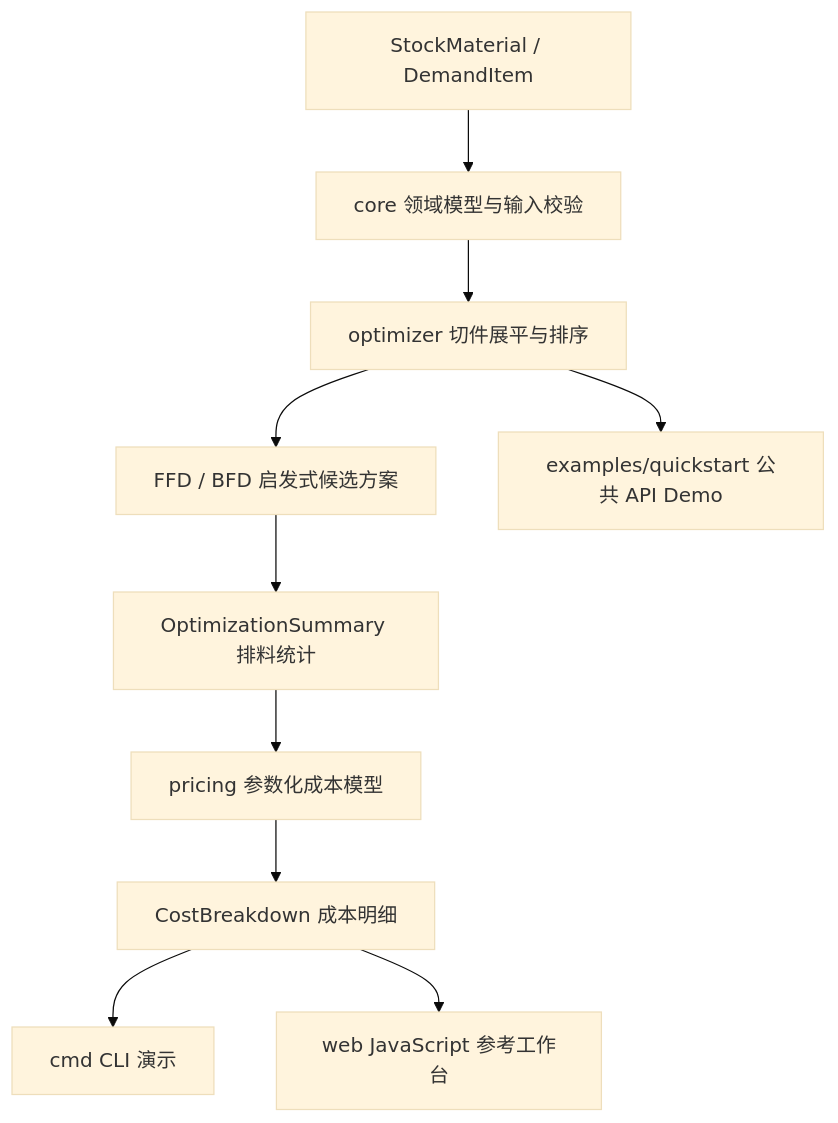
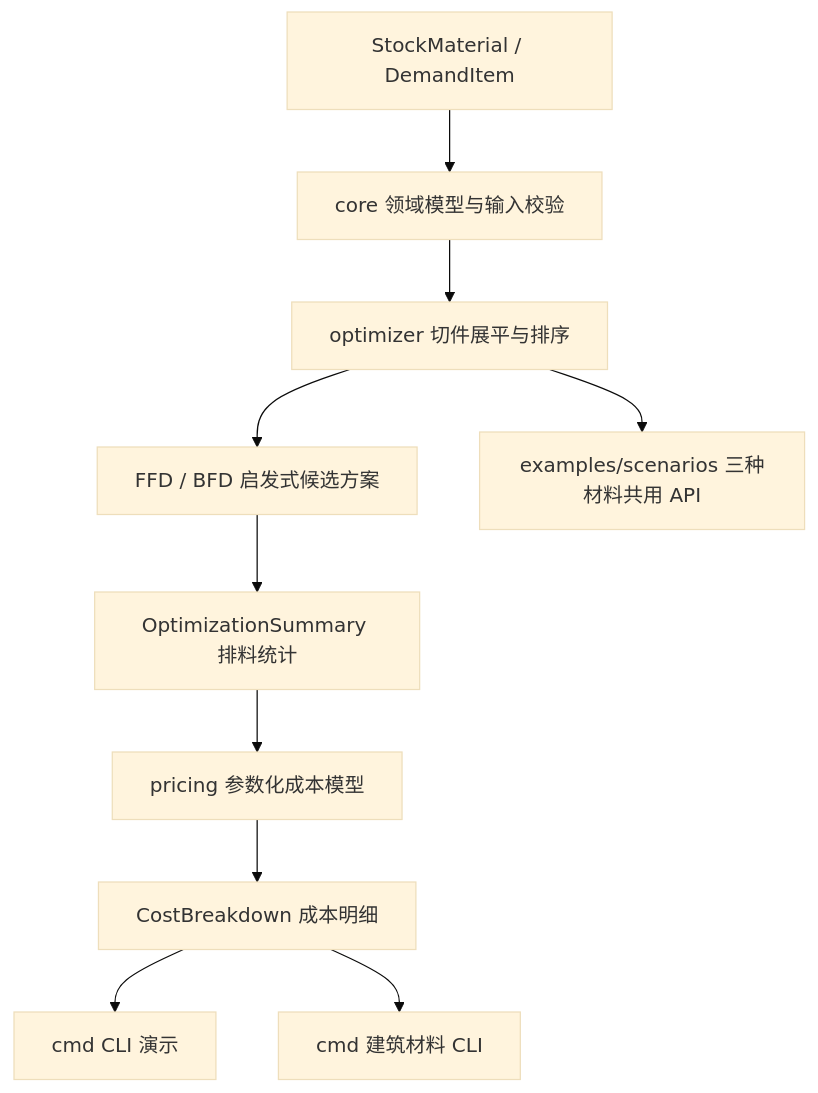
One commit to Wchwch777/Scantling changed the diagram in docs/project-application.md. Above: the diagram before and after it, drawn with Mermaid (base theme). The commit also changed other lines of this file and 10 other files, not shown here.

````diff
--- a/docs/project-application.md
+++ b/docs/project-application.md
@@ -90,12 +102,12 @@
 ```mermaid
 graph TD
     A[StockMaterial / DemandItem] --> B[core 领域模型与输入校验]
     B --> C[optimizer 切件展平与排序]
     C --> D[FFD / BFD 启发式候选方案]
     D --> E[OptimizationSummary 排料统计]
     E --> F[pricing 参数化成本模型]
     F --> G[CostBreakdown 成本明细]
     G --> H[cmd CLI 演示]
-    G --> I[web JavaScript 参考工作台]
-    C --> J[examples/quickstart 公共 API Demo]
+    G --> I[cmd 建筑材料 CLI]
+    C --> J[examples/scenarios 三种材料共用 API]
 ```
````
